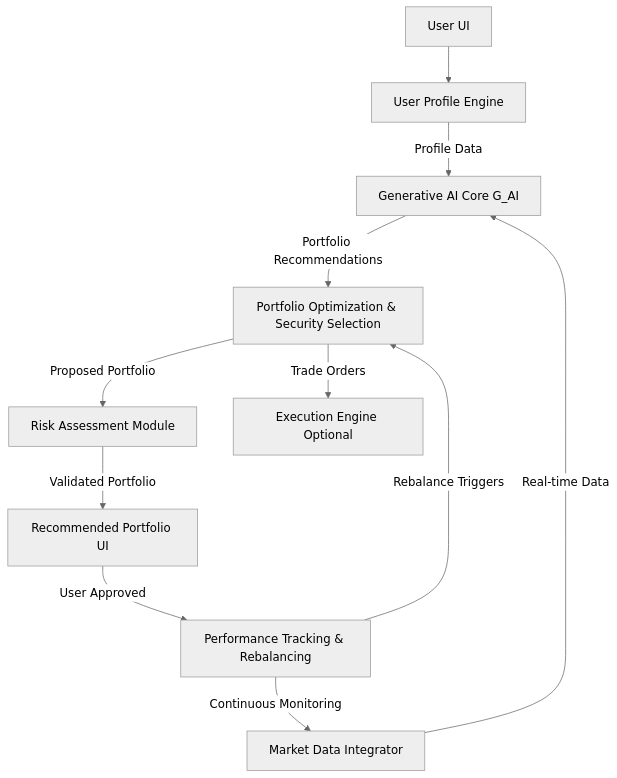
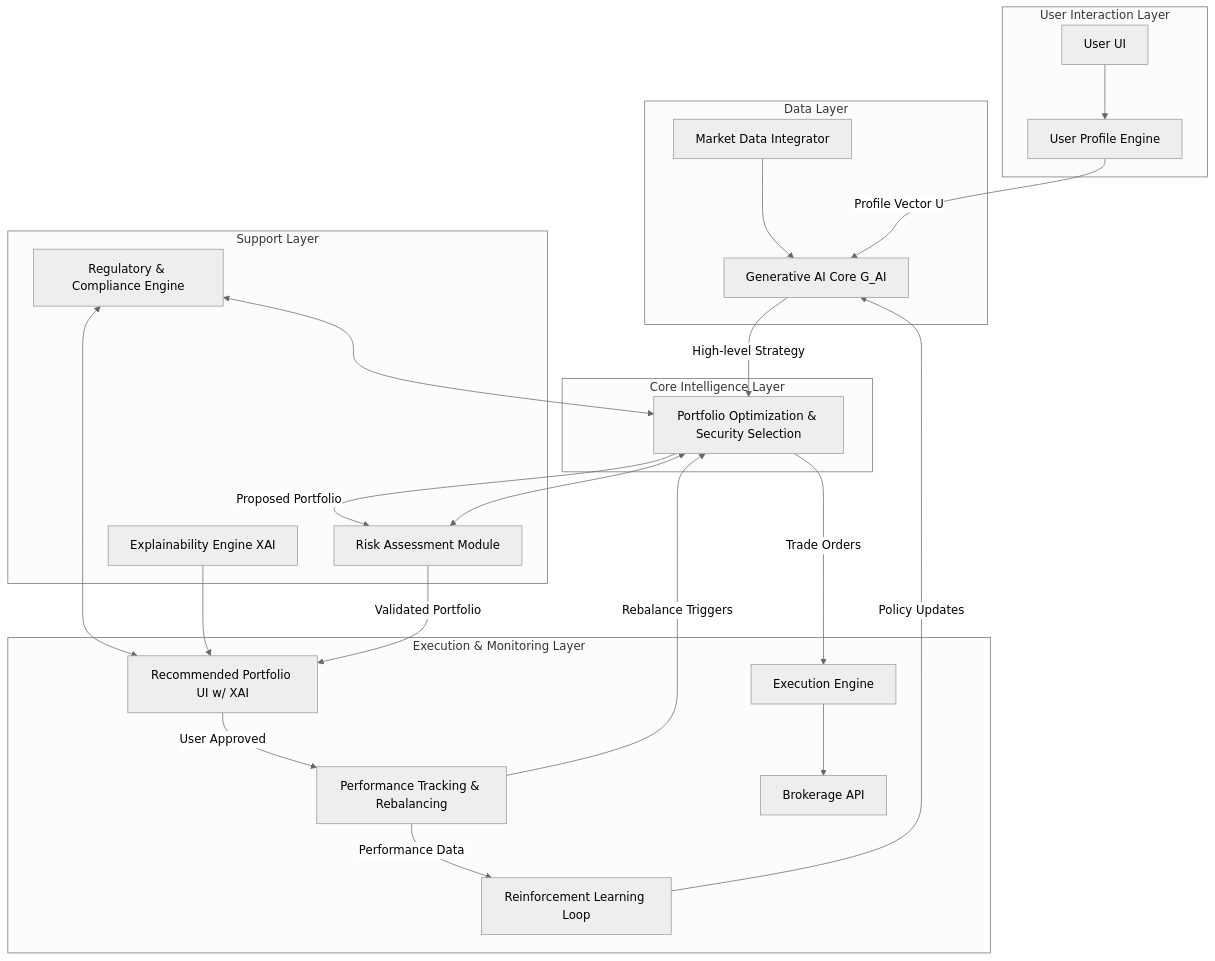
The first of 10 diagrams in inventions/043_ai_powered_portfolio_construction.md (diplomat-bit/Citibank_Demo_Business_Inc_Demonstration-), drawn with Mermaid (neutral theme) before and after one commit. The commit also changed other lines of this file, not shown here.

Commit message:
[AI] Edit: inventions/043_ai_powered_portfolio_construction.md

````diff
--- a/inventions/043_ai_powered_portfolio_construction.md
+++ b/inventions/043_ai_powered_portfolio_construction.md
@@ -38,13 +49,29 @@
 ```mermaid
 graph TD
-    A[User UI] --> B[User Profile Engine]
-    B -- Profile Data --> C[Generative AI Core G_AI]
-    D[Market Data Integrator] -- Real-time Data --> C
-    C -- Portfolio Recommendations --> E[Portfolio Optimization & Security Selection]
-    E -- Proposed Portfolio --> F[Risk Assessment Module]
-    F -- Validated Portfolio --> G[Recommended Portfolio UI]
-    G -- User Approved --> H[Performance Tracking & Rebalancing]
-    H -- Continuous Monitoring --> D
-    H -- Rebalance Triggers --> E
-    E -- Trade Orders --> I[Execution Engine Optional]
+    subgraph User Interaction Layer
+        A[User UI] --> B[User Profile Engine];
+    end
+    subgraph Data Layer
+        D[Market Data Integrator] --> C;
+    end
+    subgraph Core Intelligence Layer
+        B -- Profile Vector U --> C[Generative AI Core G_AI];
+        C -- High-level Strategy --> E[Portfolio Optimization & Security Selection];
+    end
+    subgraph Execution & Monitoring Layer
+        G[Recommended Portfolio UI w/ XAI] -- User Approved --> H[Performance Tracking & Rebalancing];
+        H -- Rebalance Triggers --> E;
+        E -- Trade Orders --> I[Execution Engine];
+        I --> J[Brokerage API];
+        H -- Performance Data --> K[Reinforcement Learning Loop];
+        K -- Policy Updates --> C;
+    end
+    subgraph Support Layer
+        F[Risk Assessment Module] <--> E;
+        L[Regulatory & Compliance Engine] <--> E;
+        L <--> G;
+        M[Explainability Engine XAI] --> G;
+        E -- Proposed Portfolio --> F;
+        F -- Validated Portfolio --> G;
+    end
 ```
````
